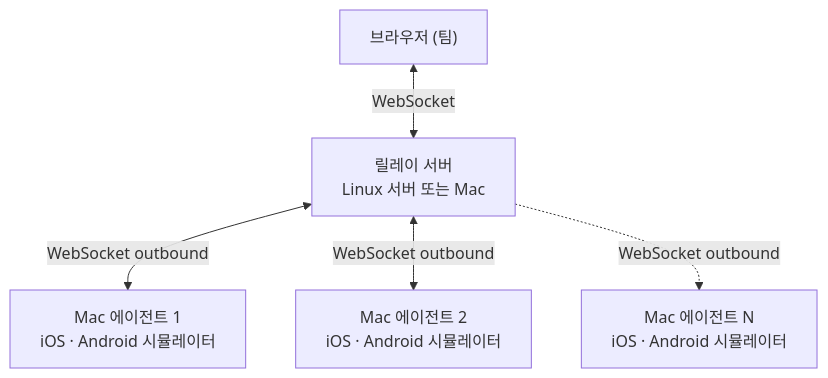
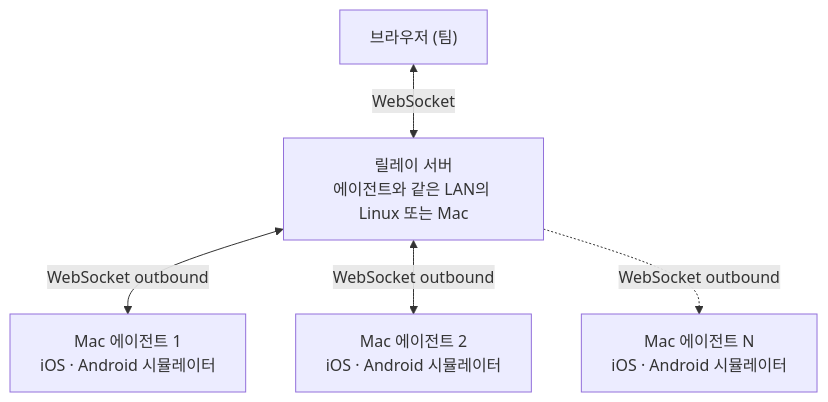
One commit to jo-duchan/tapflow changed the diagram in docs/ko/guide/introduction.md. Above: the diagram before and after it, drawn with Mermaid. The commit also changed 1 other file, not shown here.

Commit message:
docs: clarify the relay runs on the same LAN as agents
The introduction architecture diagram labeled the relay 'Linux server or Mac',
which can read as 'host it on a cloud Linux server'. The relay must stay on the
same LAN as its agents — a cloud-hosted relay is unsupported because agent→relay
latency over the internet breaks the stream. Clarify the label in EN and KO.

````diff
--- a/docs/ko/guide/introduction.md
+++ b/docs/ko/guide/introduction.md
@@ -24,13 +24,13 @@
 ```mermaid
 flowchart TD
     B["브라우저 (팀)"]
-    R["릴레이 서버<br/>Linux 서버 또는 Mac"]
+    R["릴레이 서버<br/>에이전트와 같은 LAN의 Linux 또는 Mac"]
     A1["Mac 에이전트 1<br/>iOS · Android 시뮬레이터"]
     A2["Mac 에이전트 2<br/>iOS · Android 시뮬레이터"]
     More["Mac 에이전트 N<br/>iOS · Android 시뮬레이터"]
 
     B <-->|WebSocket| R
     R <-->|WebSocket outbound| A1
     R <-->|WebSocket outbound| A2
     R -.->|WebSocket outbound| More
 ```
````
